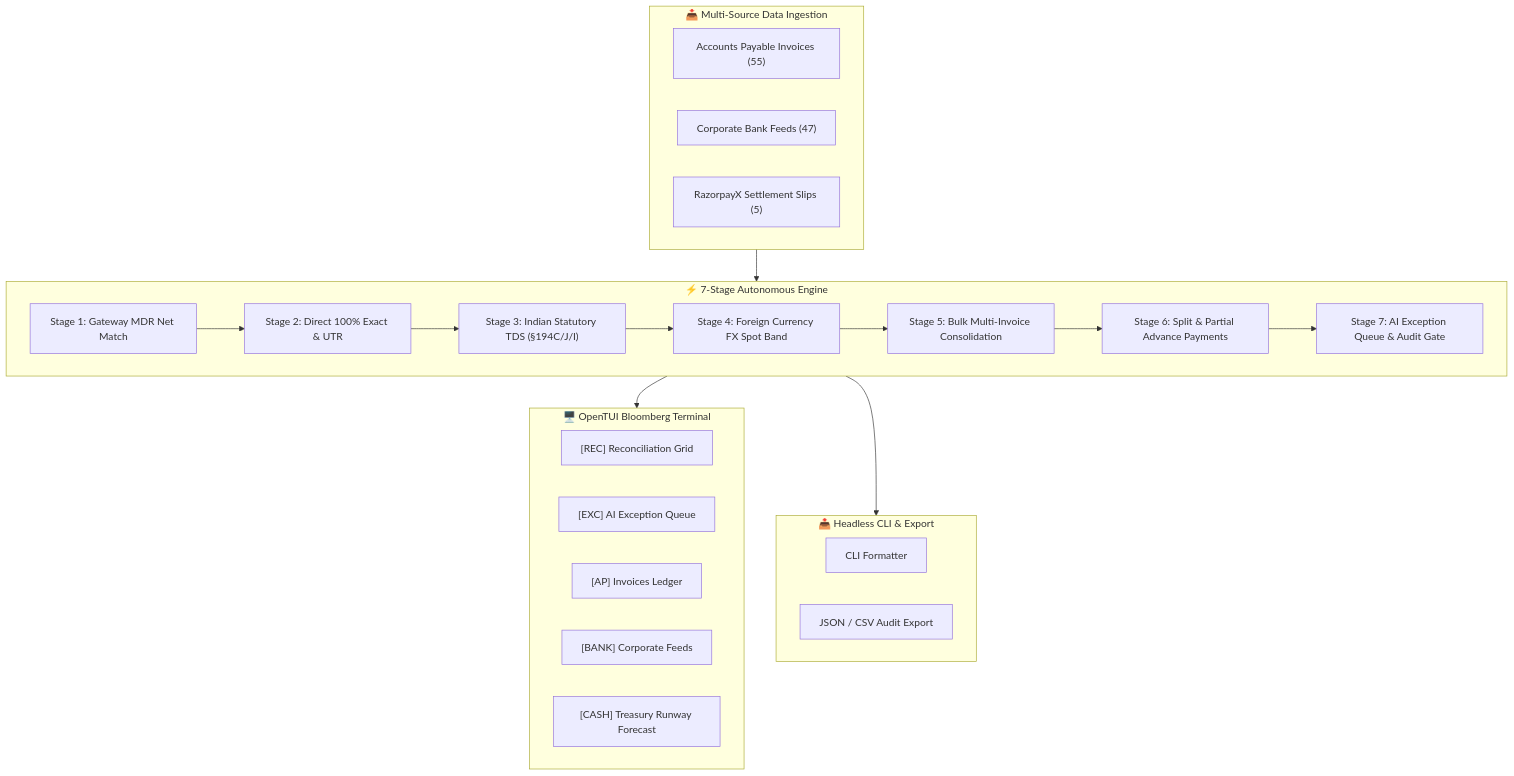
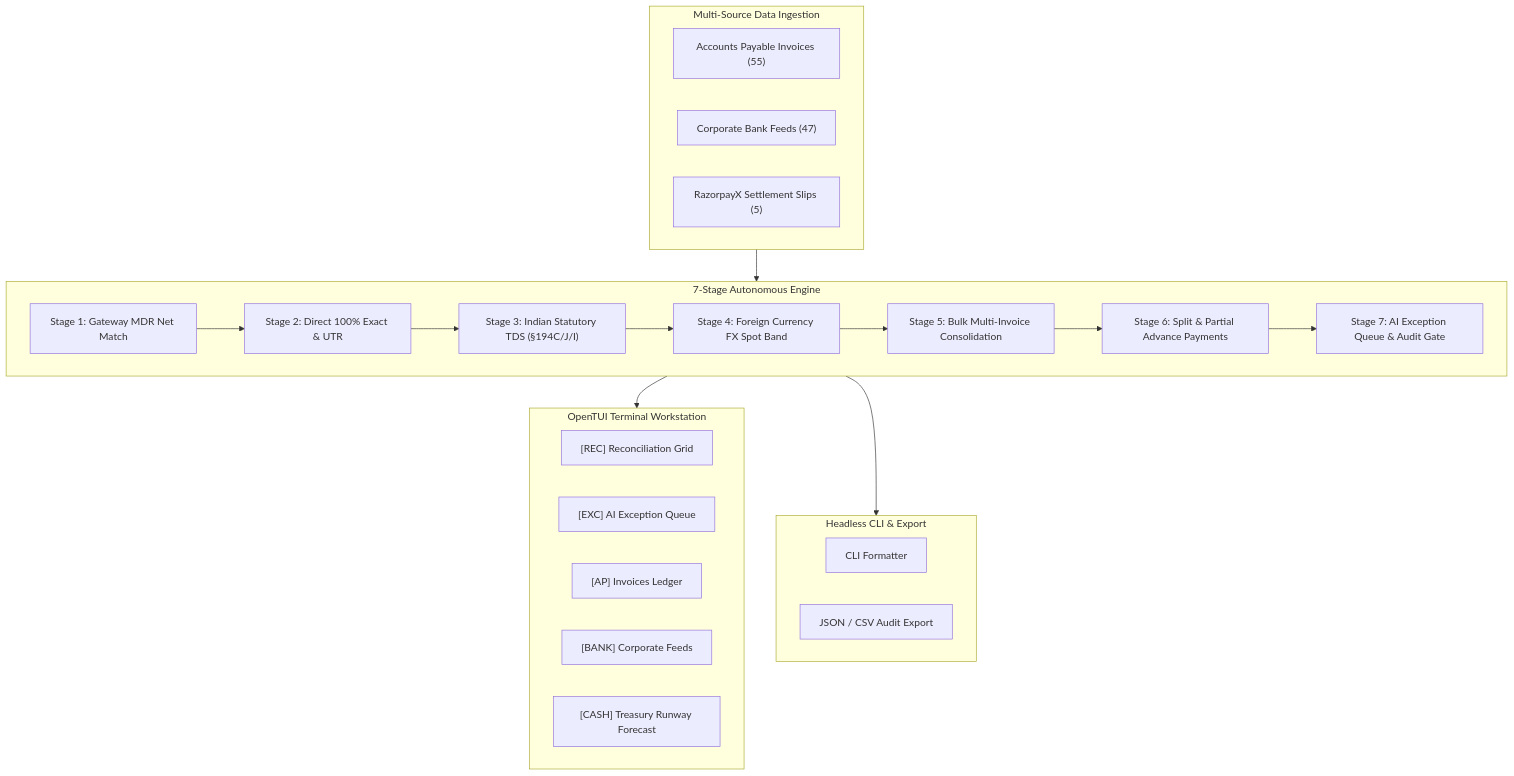
Before and after one commit to mannaxsara/razor-terminal: the diagram in docs/SYSTEM_DOCUMENTATION_AND_ARCHITECTURE.md, drawn with Mermaid. The commit also changed other lines of this file and 80 other files, not shown here.

First line of the commit message:
feat: autonomous 3-way reconciliation engine, treasury workstation & web dashboard (Track 04)

````diff
--- a/docs/SYSTEM_DOCUMENTATION_AND_ARCHITECTURE.md
+++ b/docs/SYSTEM_DOCUMENTATION_AND_ARCHITECTURE.md
@@ -39,36 +39,36 @@
 ```mermaid
 flowchart TD
-    subgraph Ingestion["📥 Multi-Source Data Ingestion"]
+    subgraph Ingestion["Multi-Source Data Ingestion"]
         AP["Accounts Payable Invoices (55)"]
         BANK["Corporate Bank Feeds (47)"]
         RZP["RazorpayX Settlement Slips (5)"]
     end
 
-    subgraph CoreEngine["⚡ 7-Stage Autonomous Engine"]
+    subgraph CoreEngine["7-Stage Autonomous Engine"]
         S1["Stage 1: Gateway MDR Net Match"]
         S2["Stage 2: Direct 100% Exact & UTR"]
         S3["Stage 3: Indian Statutory TDS (§194C/J/I)"]
         S4["Stage 4: Foreign Currency FX Spot Band"]
         S5["Stage 5: Bulk Multi-Invoice Consolidation"]
         S6["Stage 6: Split & Partial Advance Payments"]
         S7["Stage 7: AI Exception Queue & Audit Gate"]
         S1 --> S2 --> S3 --> S4 --> S5 --> S6 --> S7
     end
 
-    subgraph Workstation["🖥️ OpenTUI Bloomberg Terminal"]
+    subgraph Workstation["OpenTUI Terminal Workstation"]
         REC["[REC] Reconciliation Grid"]
         EXC["[EXC] AI Exception Queue"]
         AP_PANE["[AP] Invoices Ledger"]
         BANK_PANE["[BANK] Corporate Feeds"]
-        CASH_PANE["[CASH] Treasury Runway Forecast"]
+        CSH["[CASH] Treasury Runway Forecast"]
     end
 
-    subgraph Output["📤 Headless CLI & Export"]
+    subgraph Output["Headless CLI & Export"]
         CLI["CLI Formatter"]
         JSON["JSON / CSV Audit Export"]
     end
 
     Ingestion --> CoreEngine
     CoreEngine --> Workstation
     CoreEngine --> Output
 ```
````
